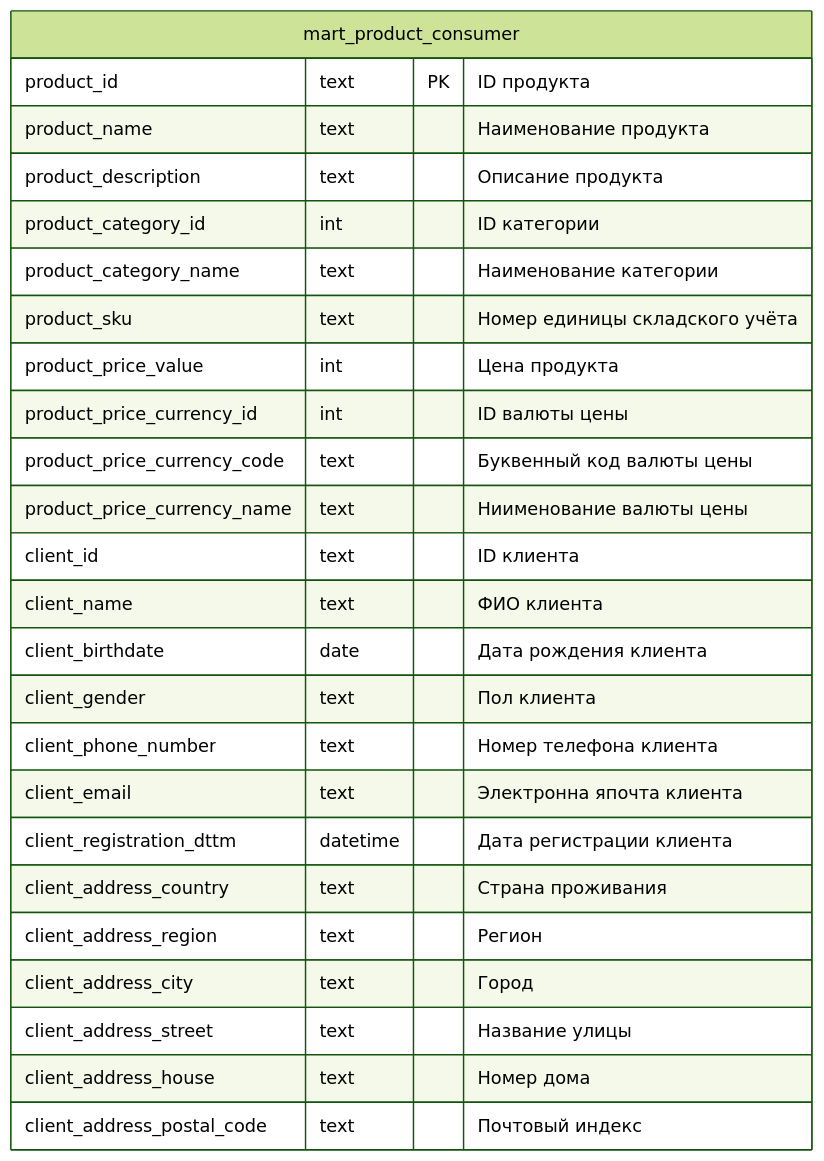
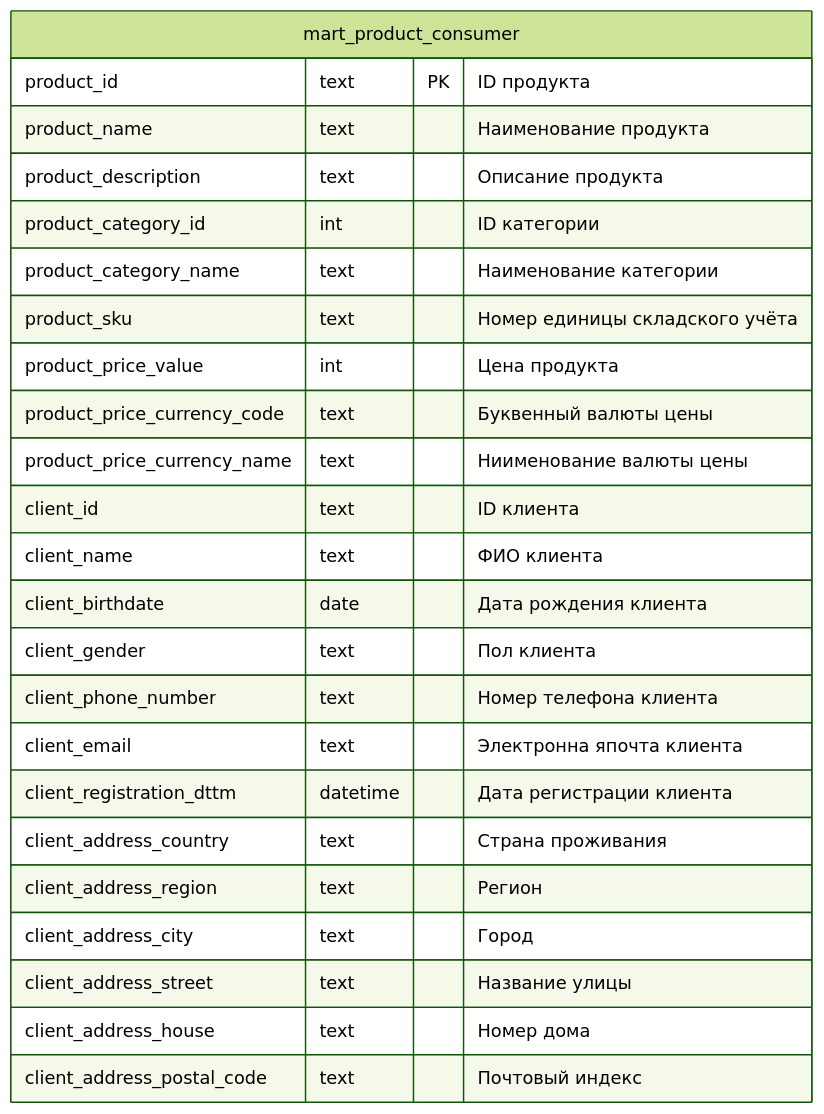
One commit to vgorbikov/dq-practice changed the second of 2 diagrams in docs/db_schema/Прикладные витрины.md. Above: the diagram before and after it, drawn with Mermaid (forest theme). The commit also changed other lines of this file and 2 other files, not shown here.

Commit message:
fix db schema

````diff
--- a/docs/db_schema/Прикладные витрины.md
+++ b/docs/db_schema/Прикладные витрины.md
@@ -54,29 +56,28 @@
 ```mermaid
 erDiagram
 
 mart_product_consumer {
     product_id text PK "ID продукта"
     product_name text "Наименование продукта"
     product_description text "Описание продукта"
     product_category_id int "ID категории"
     product_category_name text "Наименование категории"
     product_sku text "Номер единицы складского учёта"
     product_price_value int "Цена продукта"
-    product_price_currency_id int "ID валюты цены"
-    product_price_currency_code text "Буквенный код валюты цены"
+    product_price_currency_code text "Буквенный валюты цены"
     product_price_currency_name text "Ниименование валюты цены"
     client_id text "ID клиента"
     client_name text "ФИО клиента"
     client_birthdate date "Дата рождения клиента"
     client_gender text "Пол клиента"
     client_phone_number text "Номер телефона клиента"
     client_email text "Электронна япочта клиента"
     client_registration_dttm datetime "Дата регистрации клиента"
     client_address_country text "Страна проживания"
     client_address_region text "Регион"
     client_address_city text "Город"
     client_address_street text "Название улицы"
     client_address_house text "Номер дома"
     client_address_postal_code text "Почтовый индекс"
 }
 ```
````
